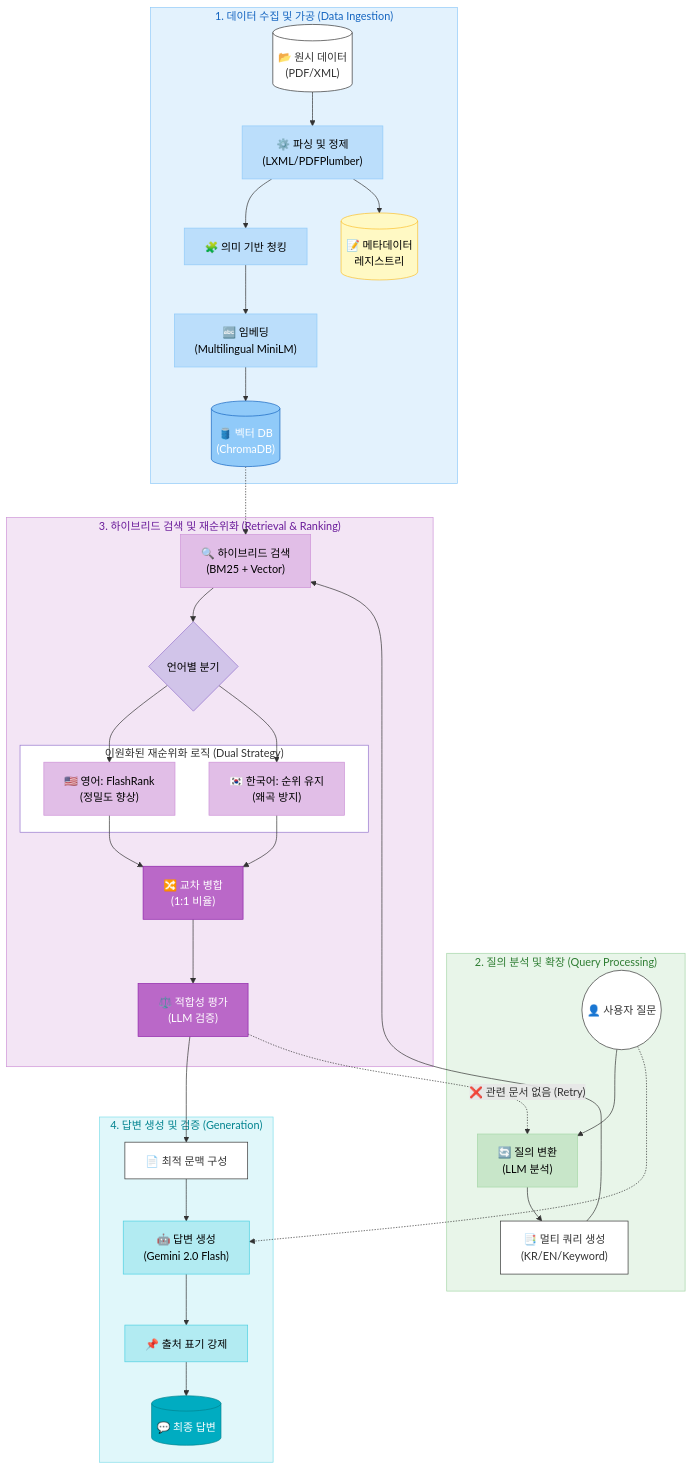
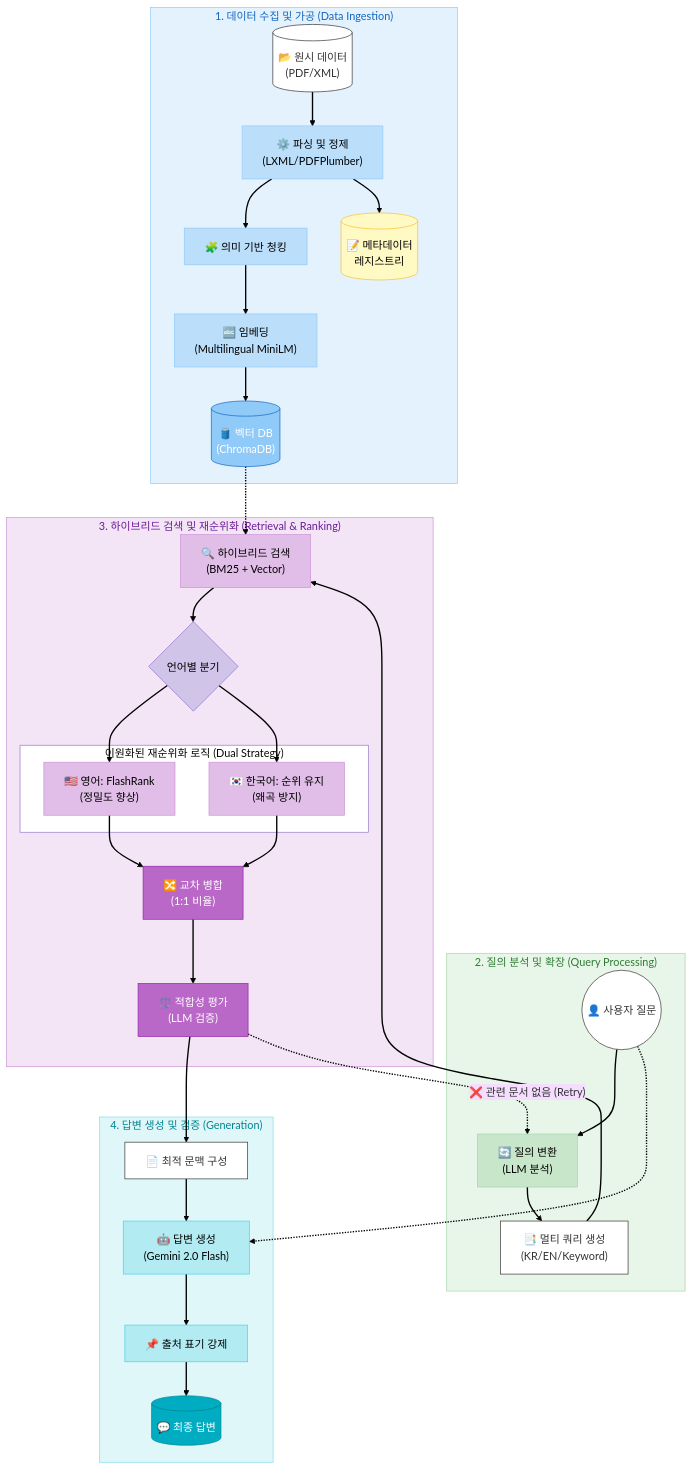
One commit to yangduhi/reg_RAG changed the diagram in README.md. Above: the diagram before and after it, drawn with Mermaid.

Commit message:
docs: Enhance Mermaid diagram arrow visibility (thicker/darker)

````diff
--- a/README.md
+++ b/README.md
@@ -46,4 +46,5 @@
 ```mermaid
+%%{init: {'theme': 'base', 'themeVariables': {'lineColor': '#000000'}}}%%
 graph TD
     %% 1. 데이터 수집 및 가공 단계 (Data Ingestion)
     subgraph Ingestion ["1. 데이터 수집 및 가공 (Data Ingestion)"]
@@ -127,4 +128,7 @@
     classDef darkpurple fill:#ba68c8,stroke:#8e24aa,color:#fff;
     classDef cyan fill:#b2ebf2,stroke:#4dd0e1,color:#000;
     classDef darkcyan fill:#00acc1,stroke:#00838f,color:#fff;
+
+    %% 화살표 스타일 강화 (Thicker & Darker Arrows)
+    linkStyle default stroke:#000,stroke-width:2px;
 ```
````
